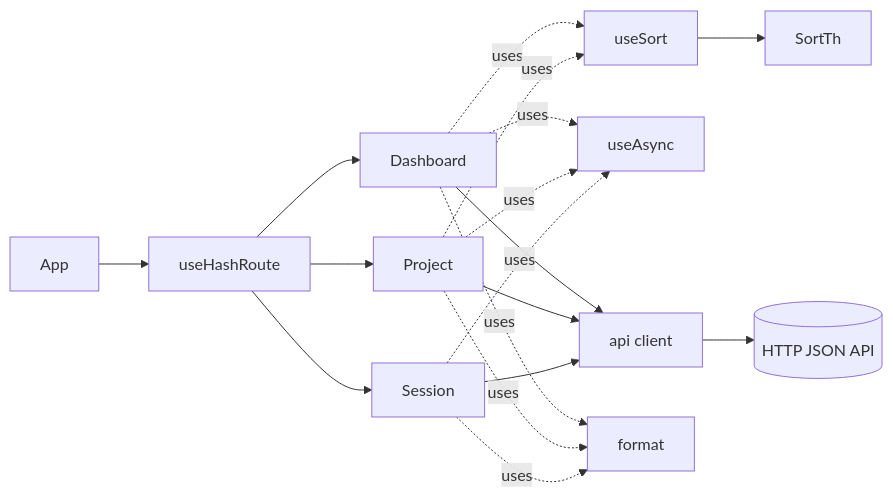
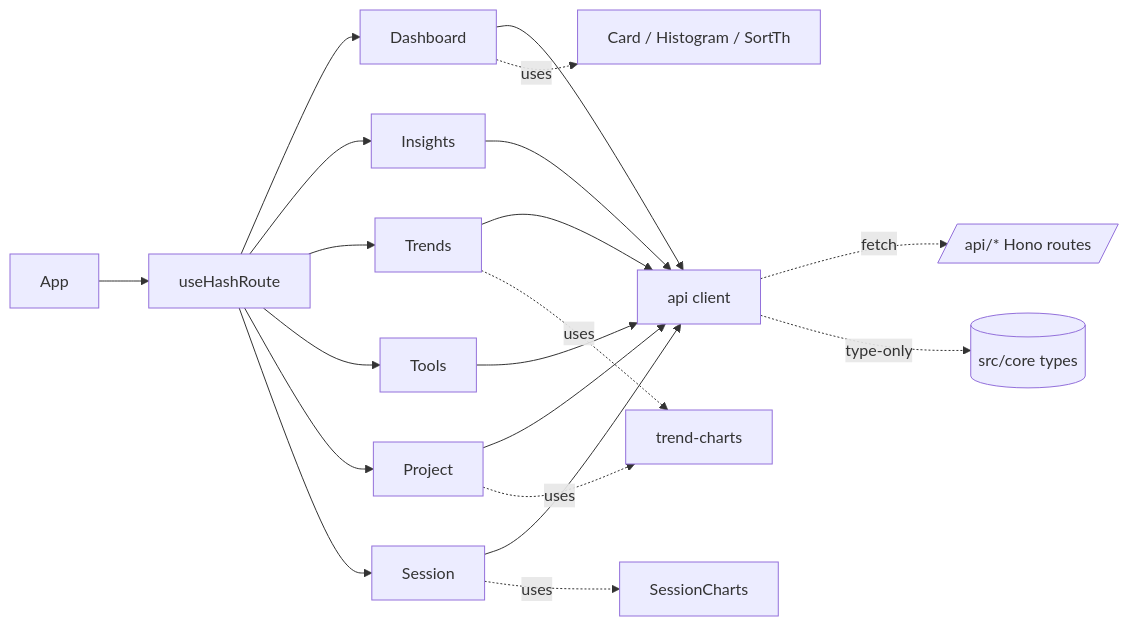
The diagram in wiki/6-web-spa-frontend.md (yorch/cc-analyzer), drawn with Mermaid before and after one commit. The commit also changed other lines of this file and 19 other files, not shown here.

````diff
--- a/wiki/6-web-spa-frontend.md
+++ b/wiki/6-web-spa-frontend.md
@@ -28,23 +35,25 @@
 ```mermaid
 flowchart LR
     App[App] --> Router[useHashRoute]
     Router --> Dashboard
+    Router --> Insights
+    Router --> Trends
+    Router --> Tools
     Router --> Project
     Router --> Session
 
     Dashboard --> api[api client]
+    Insights --> api
+    Trends --> api
+    Tools --> api
     Project --> api
     Session --> api
 
-    Dashboard -.uses.-> useAsync
-    Project -.uses.-> useAsync
-    Session -.uses.-> useAsync
-    Dashboard -.uses.-> useSort
-    Project -.uses.-> useSort
-    useSort --> SortTh
-    Dashboard -.uses.-> format
-    Project -.uses.-> format
-    Session -.uses.-> format
+    api -.fetch.-> Backend[/api/* Hono routes/]
+    api -.type-only.-> Core[(src/core types)]
 
-    api --> Server[(HTTP JSON API)]
+    Dashboard -.uses.-> Prim[Card / Histogram / SortTh]
+    Trends -.uses.-> Charts[trend-charts]
+    Project -.uses.-> Charts
+    Session -.uses.-> SessCharts[SessionCharts]
 ```
````
